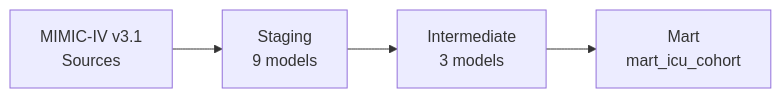
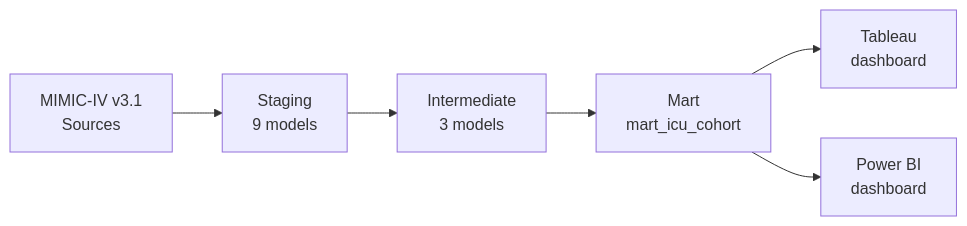
Before and after one commit to Prachi-Loliencar/mimic_iv_analysis: the diagram in README.md, drawn with Mermaid. The commit also changed other lines of this file and 1 other file, not shown here.

First line of the commit message:
Document BI dashboard layer in README

````diff
--- a/README.md
+++ b/README.md
@@ -31,6 +31,8 @@
 ```mermaid
 flowchart LR
     A[MIMIC-IV v3.1<br/>Sources] --> B[Staging<br/>9 models]
     B --> C[Intermediate<br/>3 models]
     C --> D[Mart<br/>mart_icu_cohort]
+    D --> E[Tableau<br/>dashboard]
+    D --> F[Power BI<br/>dashboard]
 ```
````
